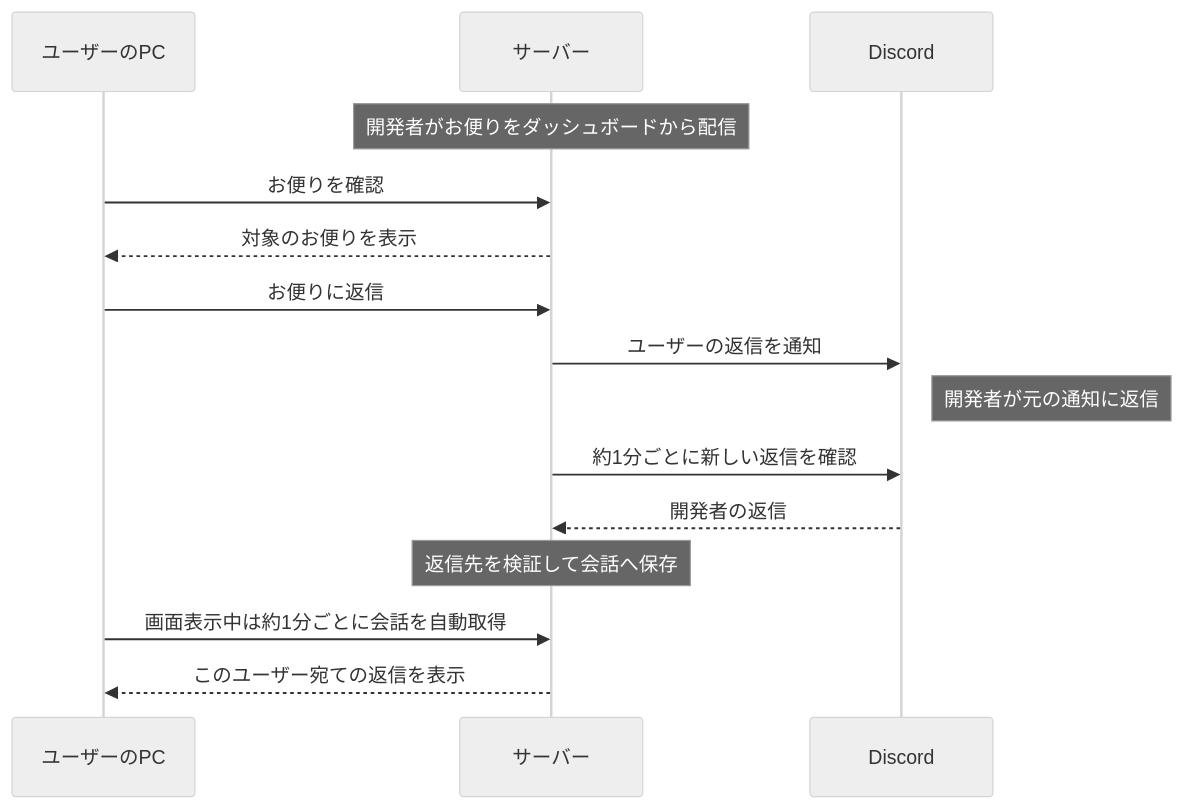
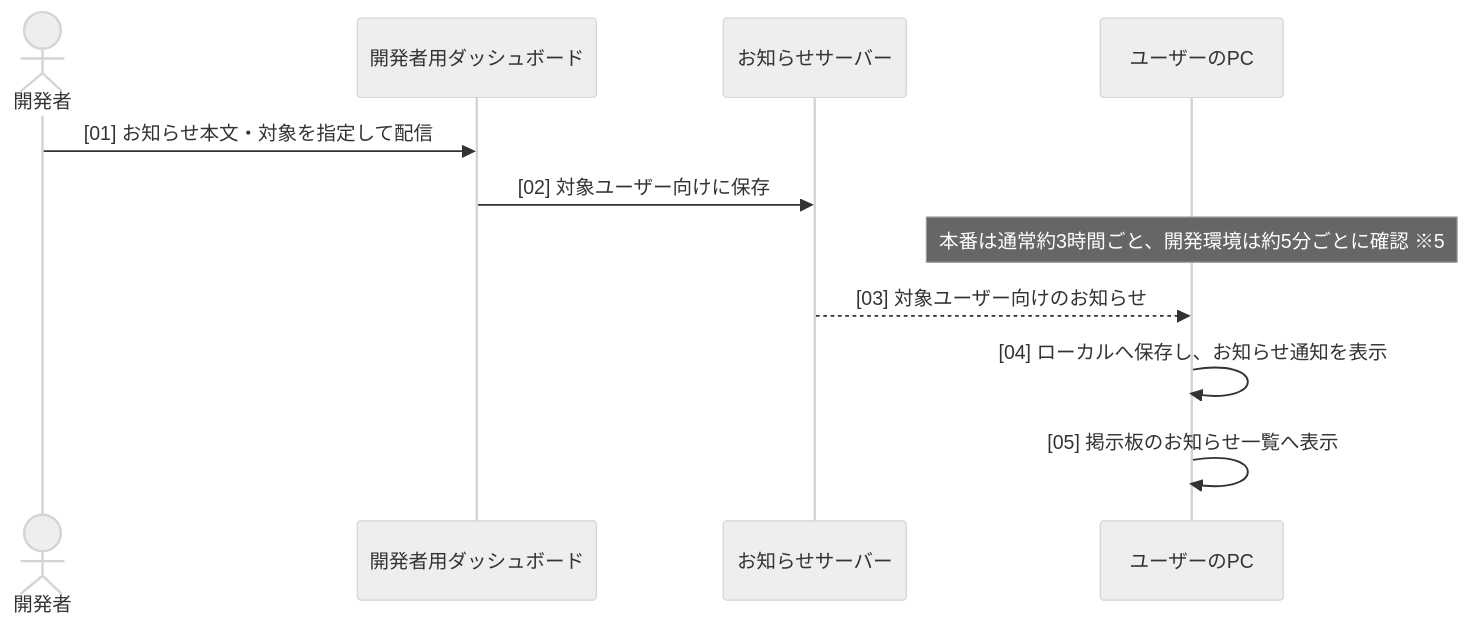
Before and after one commit to ore-no-fusen/ore-no-fusen: the third of 3 diagrams in docs-v2/007_COMMUNICATION.md, drawn with Mermaid (neutral theme). The commit also changed other lines of this file, not shown here.

````diff
--- a/docs-v2/007_COMMUNICATION.md
+++ b/docs-v2/007_COMMUNICATION.md
@@ -280,18 +313,14 @@
 ```mermaid
 sequenceDiagram
+    actor Developer as 開発者
+    participant Dashboard as 開発者用ダッシュボード
+    participant Server as お知らせサーバー
     participant PC as ユーザーのPC
-    participant Server as サーバー
-    participant Discord as Discord
 
-    Note over Server: 開発者がお便りをダッシュボードから配信
-    PC->>Server: お便りを確認
-    Server-->>PC: 対象のお便りを表示
-    PC->>Server: お便りに返信
-    Server->>Discord: ユーザーの返信を通知
-    Note right of Discord: 開発者が元の通知に返信
-    Server->>Discord: 約1分ごとに新しい返信を確認
-    Discord-->>Server: 開発者の返信
-    Note over Server: 返信先を検証して会話へ保存
-    PC->>Server: 画面表示中は約1分ごとに会話を自動取得
-    Server-->>PC: このユーザー宛ての返信を表示
+    Developer->>Dashboard: [01] お知らせ本文・対象を指定して配信
+    Dashboard->>Server: [02] 対象ユーザー向けに保存
+    Note over PC: 本番は通常約3時間ごと、開発環境は約5分ごとに確認 ※5
+    Server-->>PC: [03] 対象ユーザー向けのお知らせ
+    PC->>PC: [04] ローカルへ保存し、お知らせ通知を表示
+    PC->>PC: [05] 掲示板のお知らせ一覧へ表示
 ```
````
